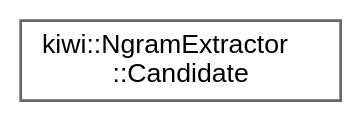
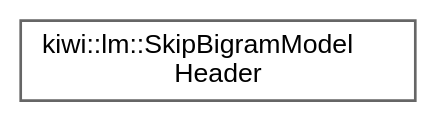
The diagram in inherit_graph_43.dot (bab2min/Kiwi), drawn with Graphviz before and after one commit. The commit also changed 333 other files, not shown here.

```diff
--- a/inherit_graph_43.dot
+++ b/inherit_graph_43.dot
@@ -1,9 +1,9 @@
 digraph "Graphical Class Hierarchy"
 {
  // LATEX_PDF_SIZE
   bgcolor="transparent";
   edge [fontname=Helvetica,fontsize=10,labelfontname=Helvetica,labelfontsize=10];
   node [fontname=Helvetica,fontsize=10,shape=box,height=0.2,width=0.4];
   rankdir="LR";
-  Node0 [id="Node000000",label="kiwi::NgramExtractor\l::Candidate",height=0.2,width=0.4,color="grey40", fillcolor="white", style="filled",URL="$structkiwi_1_1NgramExtractor_1_1Candidate.html",tooltip=" "];
+  Node0 [id="Node000000",label="kiwi::lm::SkipBigramModel\lHeader",height=0.2,width=0.4,color="grey40", fillcolor="white", style="filled",URL="$structkiwi_1_1lm_1_1SkipBigramModelHeader.html",tooltip=" "];
 }
```
